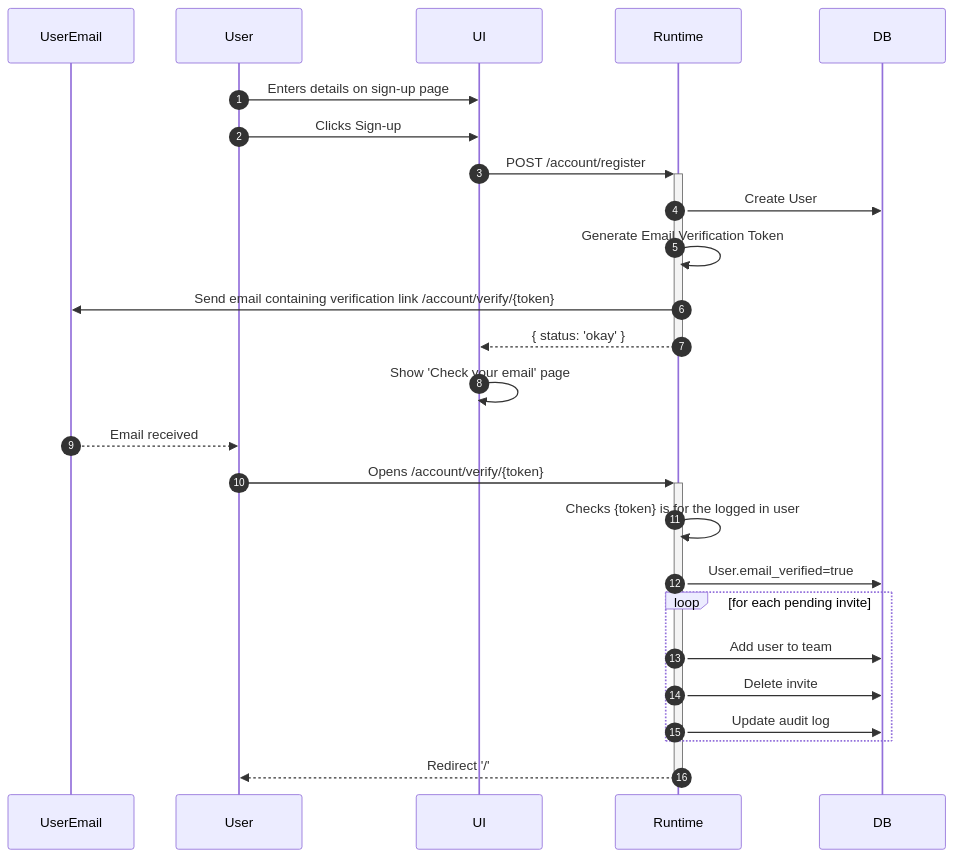
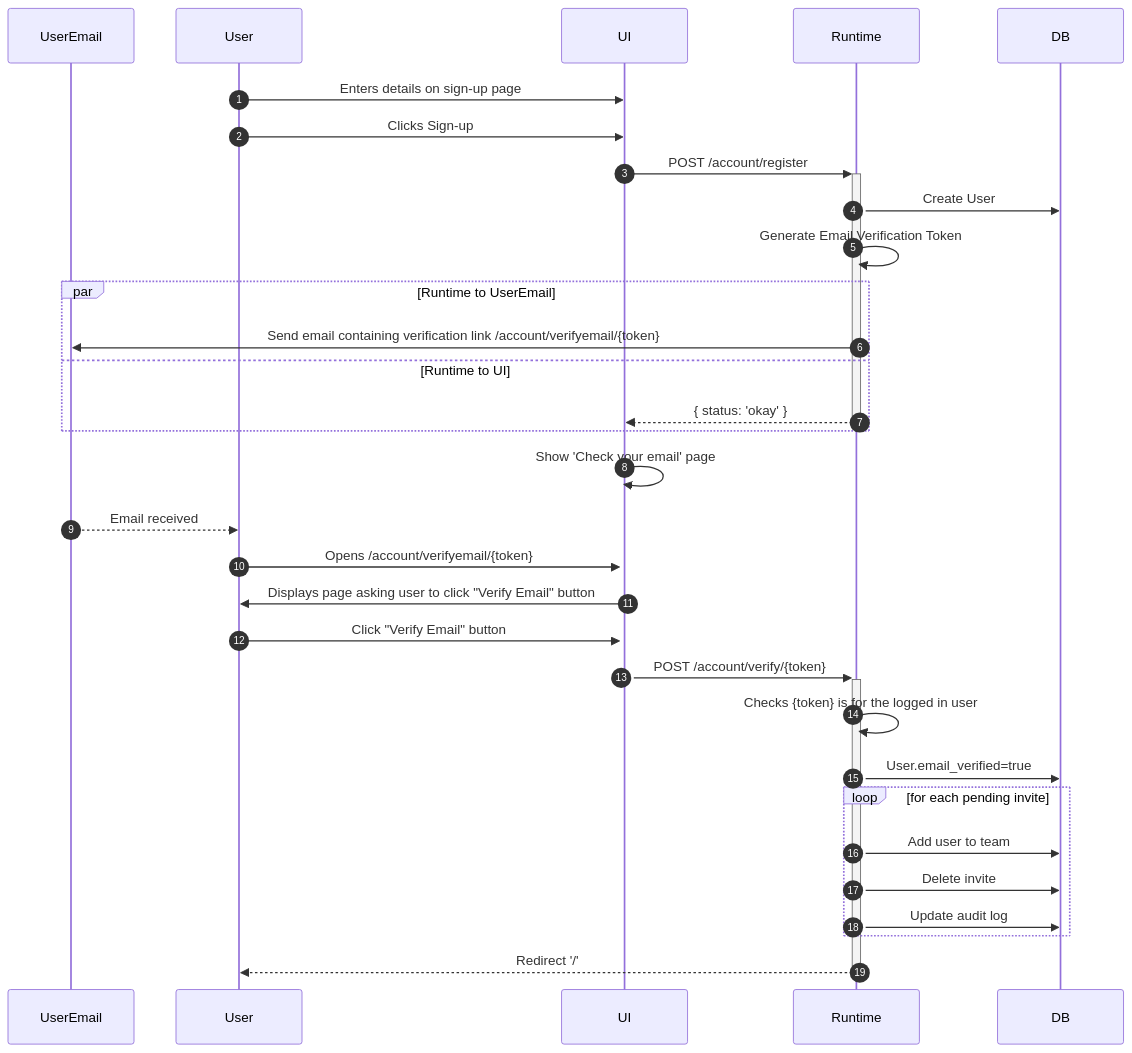
One commit to FlowFuse/flowfuse changed the diagram in docs/contribute/workflows/signup.md. Above: the diagram before and after it, drawn with Mermaid. The commit also changed 8 other files, not shown here.

Commit message:
add manual page between email and verify fixes #1027

````diff
--- a/docs/contribute/workflows/signup.md
+++ b/docs/contribute/workflows/signup.md
@@ -3,27 +3,35 @@
 ```mermaid
 sequenceDiagram
+    %% https://mermaid.live/edit#pako:eNqNVE2P2jAQ_SsjXzjsUu6RulJ3iSpOWxHSU6TKaw_BSrBTf1BFiP_esRNoYFltOYXM87x5b158ZMJIZBlz-DugFrhUvLZ8X2mgHw_e6LB_Qzv877j1SqiOaw9lDtxB6dDme67aO4DiDLhTW71_t95E_Dpor_b4vrx8Ht6VxfzpqVxlkGuP1oFET_QOjAanaj0PHR2r8Qb80irROCgGxFhcUfFhvcngx2uxgQUXwhD7wmKtnD-Pvd4QavlMLSxyjxNBqRKPf0eNNtaSE_ATrdoqwb2imTamQX1Rc5YH3txad-lY5hkUqCVg6iaMJoFa6RoO08at0s2_mVOpTycWRx85T-MKqdGUdHXFRnTzaM8RnOc-uAxmpuH9DMbTNEalJ25FbLEzf2D2skPRQG-CHeacTV3PY-OyyEZDLApUB5STnTzETq8davcfGgZqardUrmt57xIXpaWJrgTyMUoTccVQsWR_P1BXDN6CpxDfi8Mn2A_SMUx5PeAlCckVB2MRlIOtoeF2CK2pa5SgdJr3JloxCl-S8F_DjlF-9TaMdrbGdKkPcrED8kxG2UoflMeb7MRm36S8eOLx_ClfQZbYIsX1wxZlJ2OceZDKx8knYZgGhzayRqlovR5mi1ml2SPboyUdkm6UYwRXjMTT58wyepTcNhWr9IlwIVHkRGAsy7a8dfjI4n1T9FqwLKo_g8YraUSd_gKYcISX
     autonumber
-    participant UserEmail
-    participant User
+    participant UE as UserEmail
+    participant US as User
     participant UI
-    participant Runtime
+    participant RT as Runtime
     participant DB
-    User->>UI: Enters details on sign-up page
-    User->>UI: Clicks Sign-up
-    UI->>+Runtime: POST /account/register
-    Runtime->>DB: Create User
-    Runtime->>Runtime: Generate Email Verification Token
-    Runtime->>UserEmail: Send email containing verification link /account/verify/{token}
-    Runtime-->>-UI: { status: 'okay' }
+    US->>UI: Enters details on sign-up page
+    US->>UI: Clicks Sign-up
+    UI->>+RT: POST /account/register
+    RT->>DB: Create User
+    RT->>RT: Generate Email Verification Token
+    par Runtime to UserEmail
+        RT->>UE: Send email containing verification link /account/verifyemail/{token}
+    and Runtime to UI
+        RT-->>-UI: { status: 'okay' }
+    end
+
     UI->>UI: Show 'Check your email' page
-    UserEmail-->>User: Email received
-    User->>+Runtime: Opens /account/verify/{token}
-    Runtime->>Runtime: Checks {token} is for the logged in user
-    Runtime->>DB: User.email_verified=true
+    UE-->>US: Email received
+    US->>+UI: Opens /account/verifyemail/{token}
+    UI->>US: Displays page asking user to click "Verify Email" button
+    US->>UI: Click "Verify Email" button
+    UI->>+RT: POST /account/verify/{token}
+    RT->>RT: Checks {token} is for the logged in user
+    RT->>DB: User.email_verified=true
     loop for each pending invite
-        Runtime->>DB: Add user to team
-        Runtime->>DB: Delete invite
-        Runtime->>DB: Update audit log
+        RT->>DB: Add user to team
+        RT->>DB: Delete invite
+        RT->>DB: Update audit log
     end
-    Runtime-->>-User: Redirect '/'
+    RT-->>-US: Redirect '/'
 ```
````
